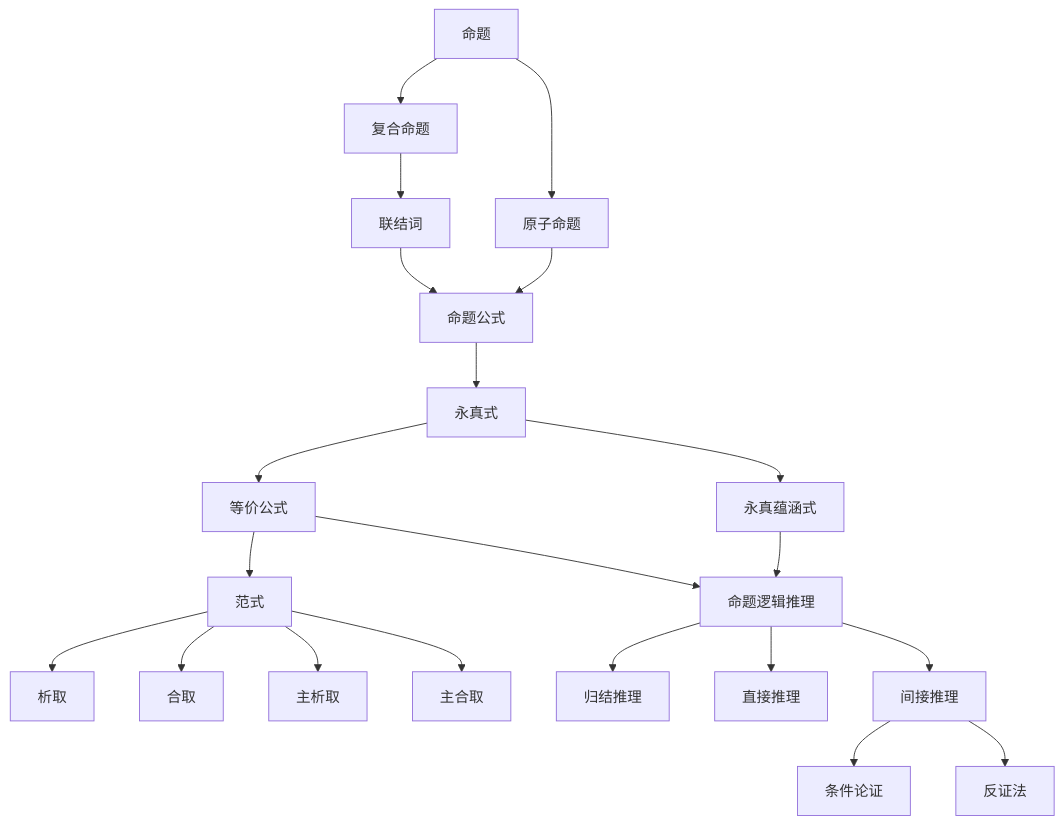
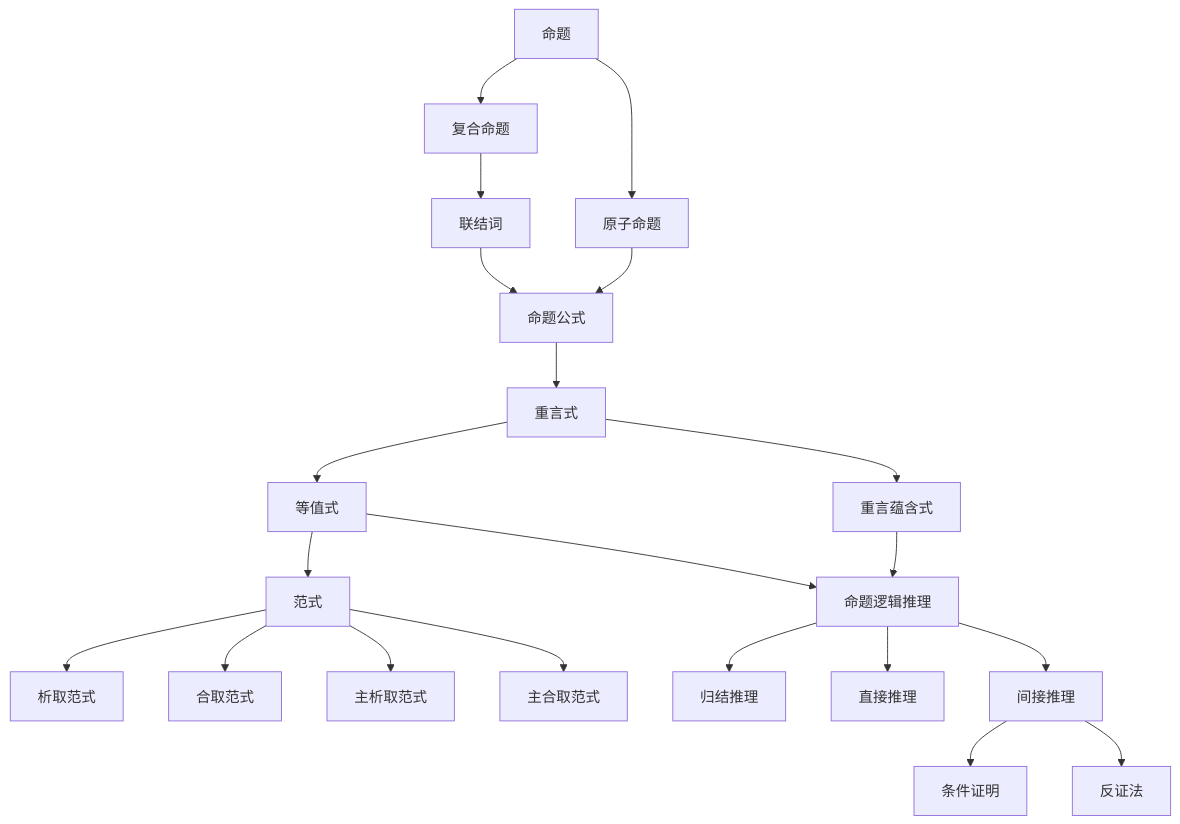
The second of 2 diagrams in content/1.discrete-mathematics/1.1.mathematical-logic/1.1.2.propositional-equivalence-normal-forms-inference/index.zh.md (zf-li23/personal-wiki-site), drawn with Mermaid before and after one commit. The commit also changed other lines of this file and 28 other files, not shown here.

````diff
--- a/content/1.discrete-mathematics/1.1.mathematical-logic/1.1.2.propositional-equivalence-normal-forms-inference/index.zh.md
+++ b/content/1.discrete-mathematics/1.1.mathematical-logic/1.1.2.propositional-equivalence-normal-forms-inference/index.zh.md
@@ -448,23 +400,23 @@
 ```mermaid
 flowchart TD
   prop["命题"] --> atom["原子命题"]
   prop --> comp["复合命题"]
   comp --> conn["联结词"]
   atom --> formula["命题公式"]
   conn --> formula
-  formula --> taut["永真式"]
-  taut --> imp["永真蕴涵式"]
-  taut --> eq["等价公式"]
+  formula --> taut["重言式"]
+  taut --> imp["重言蕴含式"]
+  taut --> eq["等值式"]
   eq --> nf["范式"]
-  nf --> dnf["析取"]
-  nf --> cnf["合取"]
-  nf --> pdnf["主析取"]
-  nf --> pcnf["主合取"]
+  nf --> dnf["析取范式"]
+  nf --> cnf["合取范式"]
+  nf --> pdnf["主析取范式"]
+  nf --> pcnf["主合取范式"]
   imp --> inf["命题逻辑推理"]
   eq --> inf
   inf --> res["归结推理"]
   inf --> direct["直接推理"]
   inf --> indirect["间接推理"]
-  indirect --> cond["条件论证"]
+  indirect --> cond["条件证明"]
   indirect --> contra["反证法"]
 ```
````
